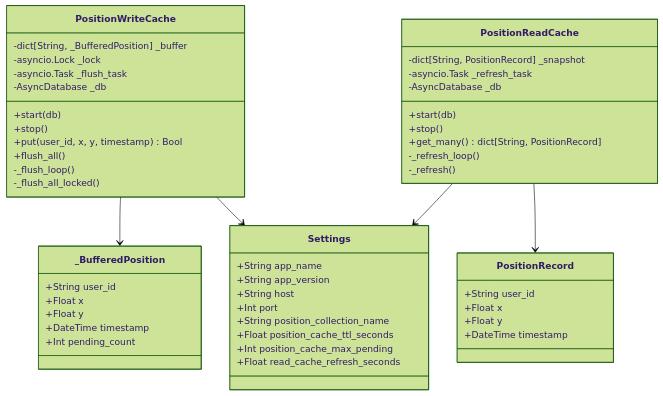
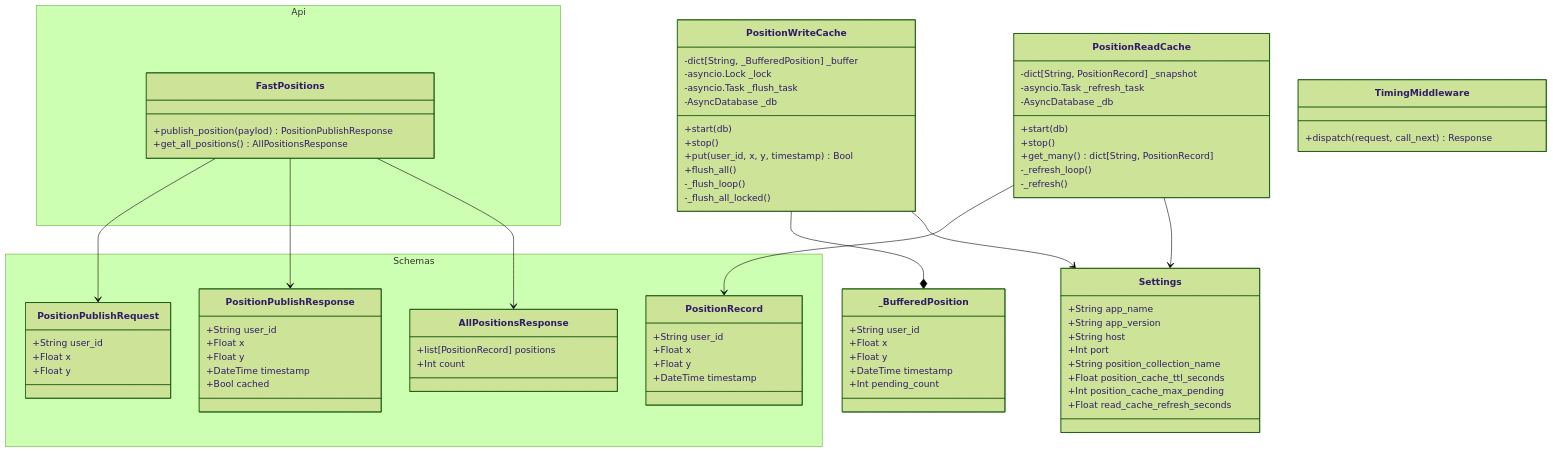
Before and after one commit to kirandesimone/microsync: the first of 2 diagrams in README.md, drawn with Mermaid (forest theme). The commit also changed other lines of this file and 6 other files, not shown here.

First line of the commit message:
Adds `TimingMiddleware` for request timing and updates `PositionReadCache` to work with async pipeline

````diff
--- a/README.md
+++ b/README.md
@@ -60,17 +71,48 @@
         +DateTime timestamp
         +Int pending_count
     }
-    class PositionRecord {
-        +String user_id
-        +Float x
-        +Float y
-        +DateTime timestamp
+    class TimingMiddleware {
+        +dispatch(request, call_next) Response
+    }
+    namespace Api {
+        class FastPositions {
+            +publish_position(paylod) PositionPublishResponse
+            +get_all_positions() AllPositionsResponse
+        }
+    }
+    namespace Schemas {
+        class PositionRecord {
+            +String user_id
+            +Float x
+            +Float y
+            +DateTime timestamp
+        }
+        class PositionPublishRequest {
+            +String user_id
+            +Float x
+            +Float y
+        }
+        class PositionPublishResponse {
+            +String user_id
+            +Float x
+            +Float y
+            +DateTime timestamp
+            +Bool cached
+        }
+        class AllPositionsResponse {
+            +list[PositionRecord] positions
+            +Int count
+        }
     }
     
-    PositionWriteCache --> _BufferedPosition
+    PositionWriteCache --* _BufferedPosition
     PositionWriteCache --> Settings
     
     PositionReadCache --> PositionRecord
     PositionReadCache --> Settings
+    
+    FastPositions --> PositionPublishRequest
+    FastPositions --> PositionPublishResponse
+    FastPositions --> AllPositionsResponse
 
 ```
````
